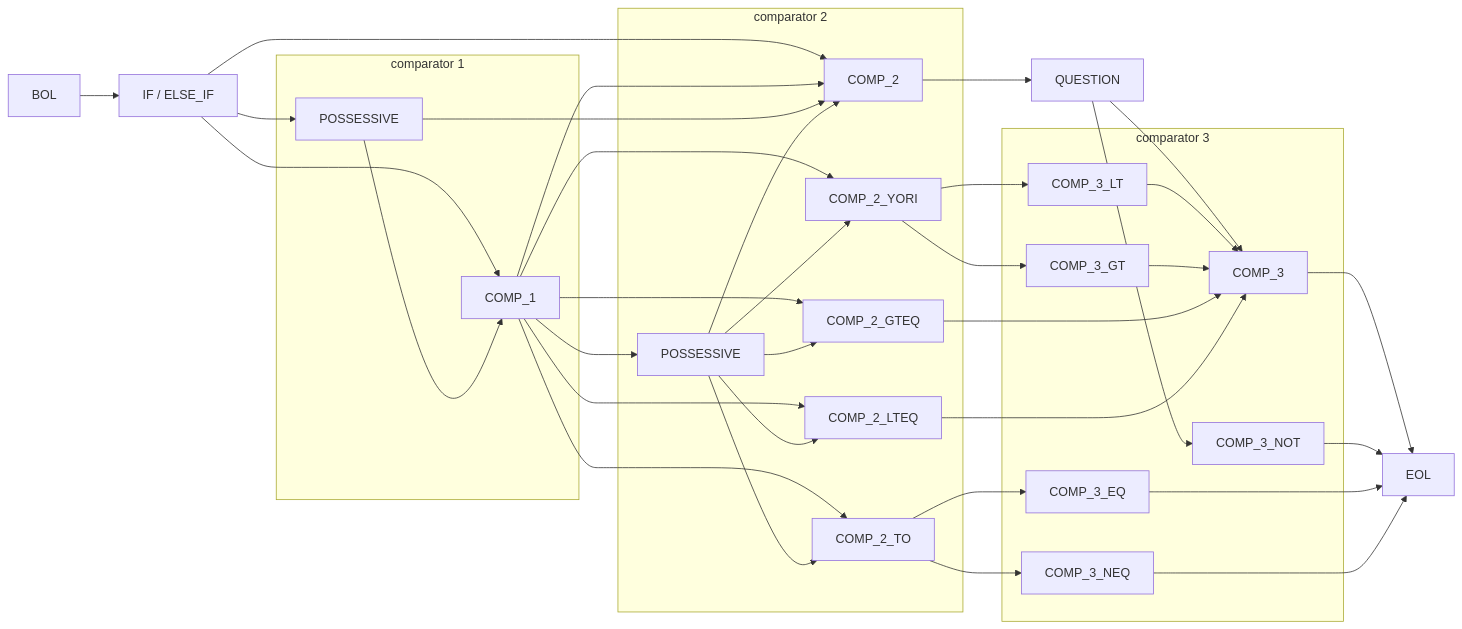
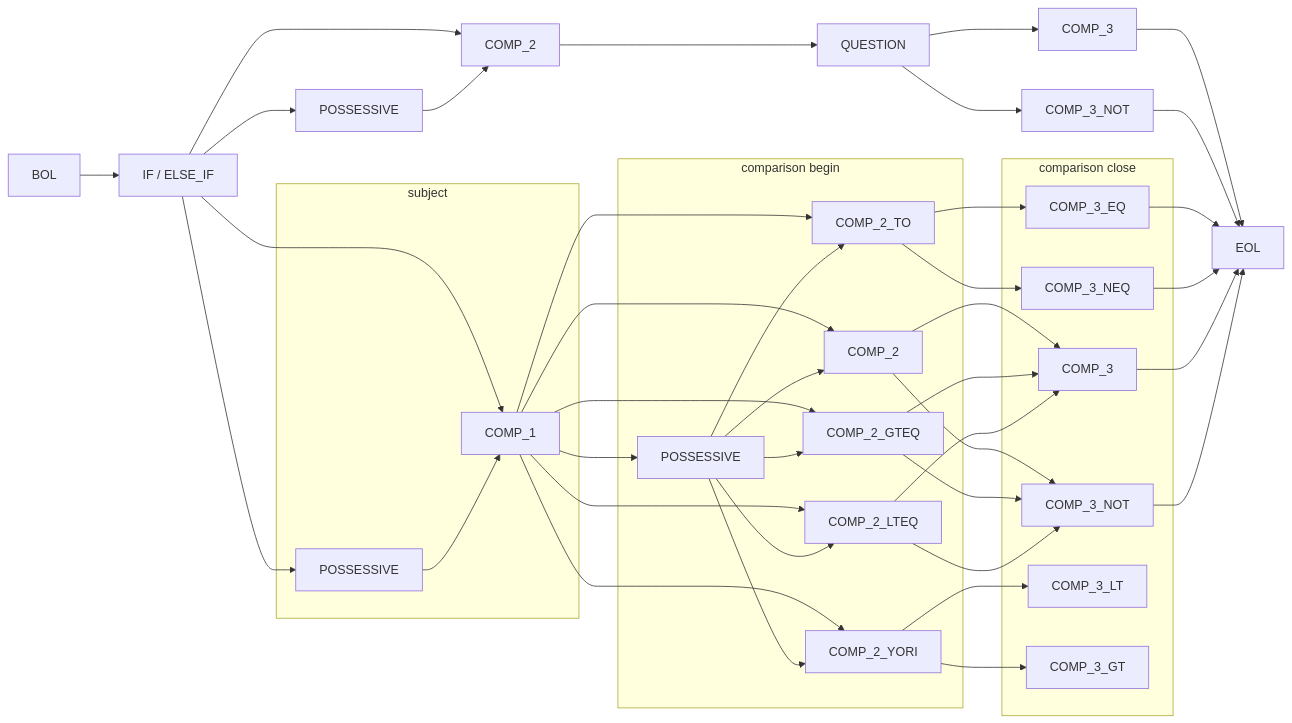
The eighth of 12 diagrams in documentation/nfsm.md (rewhowe/snapdragon), drawn with Mermaid before and after one commit. The commit also changed other lines of this file and 9 other files, not shown here.

````diff
--- a/documentation/nfsm.md
+++ b/documentation/nfsm.md
@@ -139,64 +142,74 @@
 ```mermaid
 graph LR
   BOL --> IF[IF / ELSE_IF]
 
   IF[IF / ELSE_IF] --> COMP_1
-  IF[IF / ELSE_IF] --> COMP_2
+  IF[IF / ELSE_IF] --> COMP_BOOL_BEGIN
+  IF[IF / ELSE_IF] --> POSSESSIVE_BOOL[POSSESSIVE]
   IF[IF / ELSE_IF] --> POSSESSIVE_1[POSSESSIVE]
 
   COMP_1 --> COMP_2
   COMP_1 --> COMP_2_TO
   COMP_1 --> COMP_2_YORI
   COMP_1 --> COMP_2_GTEQ
   COMP_1 --> COMP_2_LTEQ
   COMP_1 --> POSSESSIVE_2[POSSESSIVE]
 
-  COMP_2 --> QUESTION
+  POSSESSIVE_BOOL[POSSESSIVE] --> COMP_BOOL_BEGIN[COMP_2]
+  COMP_BOOL_BEGIN[COMP_2] --> QUESTION
 
-  QUESTION --> COMP_3
-  QUESTION --> COMP_3_NOT
+  QUESTION --> COMP_BOOL_CLOSE[COMP_3]
+  QUESTION --> COMP_BOOL_CLOSE_NOT[COMP_3_NOT]
+
+  COMP_BOOL_CLOSE[COMP_3] --> EOL
+  COMP_BOOL_CLOSE_NOT[COMP_3_NOT] --> EOL
+
+  COMP_2 --> COMP_3
+  COMP_2 --> COMP_3_NOT
+
+  COMP_2_GTEQ --> COMP_3
+  COMP_2_GTEQ --> COMP_3_NOT
+
+  COMP_2_LTEQ --> COMP_3
+  COMP_2_LTEQ --> COMP_3_NOT
+
+  COMP_2_TO --> COMP_3_EQ
+  COMP_2_TO --> COMP_3_NEQ
+
+  COMP_2_YORI --> COMP_3_LT
+  COMP_2_YORI --> COMP_3_GT
+
+  COMP_3_EQ --> EOL
+
+  COMP_3_NEQ --> EOL
 
   COMP_3 --> EOL
 
   COMP_3_NOT --> EOL
 
-  COMP_2_TO --> COMP_3_EQ
-  COMP_2_TO --> COMP_3_NEQ
-
-  COMP_3_EQ --> EOL
-
-  COMP_3_NEQ --> EOL
-
-  COMP_2_YORI --> COMP_3_LT
-  COMP_2_YORI --> COMP_3_GT
-
-  subgraph comparator 3
-    COMP_3_NOT
-
-    COMP_3_LT --> COMP_3
-
-    COMP_3_GT --> COMP_3
-
-    COMP_3_EQ
-
-    COMP_3_NEQ
-  end
-
-  COMP_2_GTEQ --> COMP_3
-
-  COMP_2_LTEQ --> COMP_3
-
-  subgraph comparator 1
+  subgraph subject
     POSSESSIVE_1[POSSESSIVE] --> COMP_1
   end
 
-  subgraph comparator 2
-    POSSESSIVE_1[POSSESSIVE] --> COMP_2
-
+  subgraph comparison begin
     POSSESSIVE_2[POSSESSIVE] --> COMP_2
     POSSESSIVE_2[POSSESSIVE] --> COMP_2_TO
     POSSESSIVE_2[POSSESSIVE] --> COMP_2_YORI
     POSSESSIVE_2[POSSESSIVE] --> COMP_2_GTEQ
     POSSESSIVE_2[POSSESSIVE] --> COMP_2_LTEQ
   end
+
+  subgraph comparison close
+    COMP_3
+
+    COMP_3_NOT
+
+    COMP_3_LT
+
+    COMP_3_GT
+
+    COMP_3_EQ
+
+    COMP_3_NEQ
+  end
 ```
````
